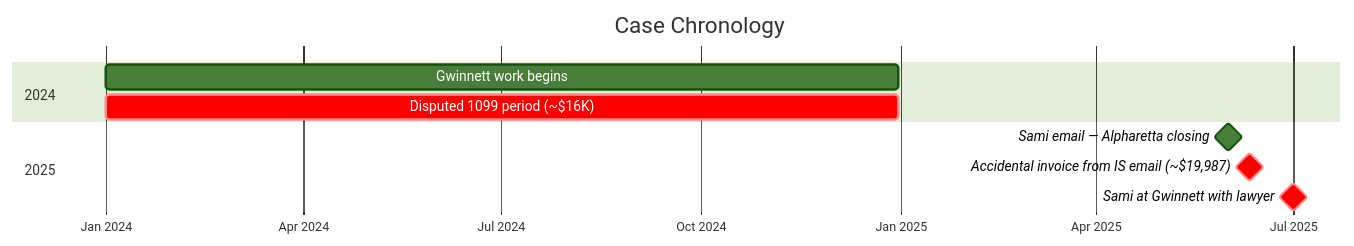
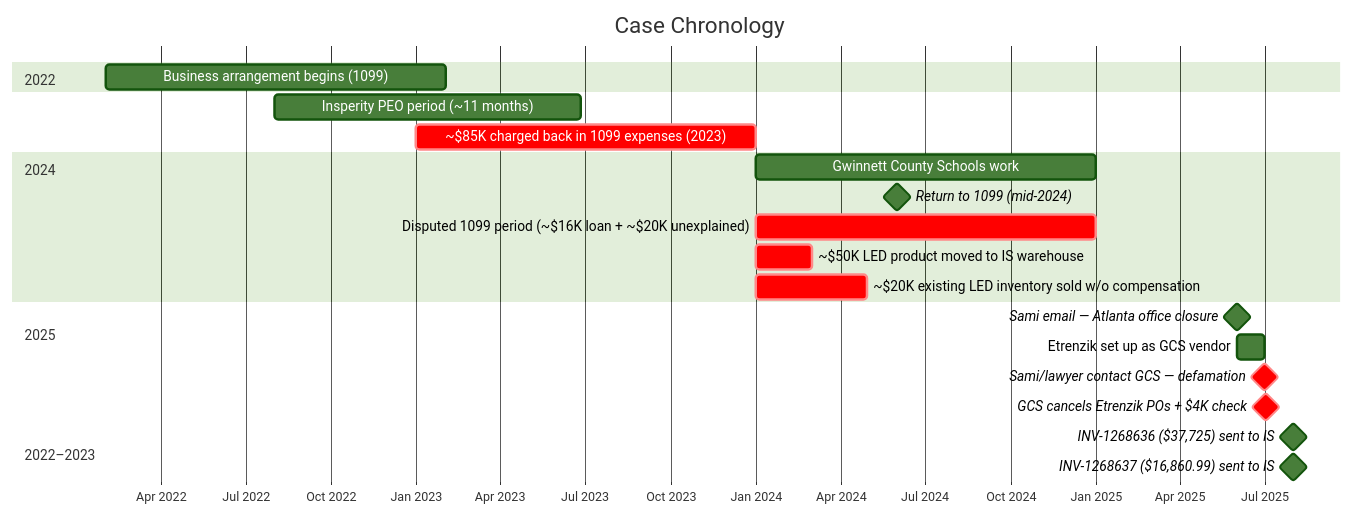
Before and after one commit to Etrenzik/L1-Etrenzik-Site: the eighth of 10 diagrams in README.md, drawn with Mermaid (forest theme). The commit also changed other lines of this file and 14 other files, not shown here.

````diff
--- a/README.md
+++ b/README.md
@@ -585,15 +593,28 @@
 ```mermaid
 gantt
     title Case Chronology
     dateFormat YYYY-MM-DD
     axisFormat %b %Y
 
+    section 2022
+    Business arrangement begins (1099)         :a0, 2022-02-01, 365d
+
+    section 2022–2023
+    Insperity PEO period (~11 months)          :a0b, 2022-08-01, 330d
+    ~$85K charged back in 1099 expenses (2023) :crit, a0c, 2023-01-01, 365d
+
     section 2024
-    Gwinnett work begins                       :a1, 2024-01-01, 365d
-    Disputed 1099 period (~$16K)               :crit, a2, 2024-01-01, 365d
+    Gwinnett County Schools work               :a1, 2024-01-01, 365d
+    Return to 1099 (mid-2024)                  :milestone, m0, 2024-06-01, 0d
+    Disputed 1099 period (~$16K loan + ~$20K unexplained) :crit, a2, 2024-01-01, 365d
+    ~$50K LED product moved to IS warehouse    :crit, a2b, 2024-01-01, 60d
+    ~$20K existing LED inventory sold w/o compensation :crit, a2c, 2024-01-01, 120d
 
     section 2025
-    Sami email — Alpharetta closing            :milestone, m1, 2025-06-01, 0d
-    Accidental invoice from IS email (~$19,987):crit, milestone, m2, 2025-06-11, 0d
-    Sami at Gwinnett with lawyer               :crit, milestone, m3, 2025-07-01, 0d
+    Sami email — Atlanta office closure        :milestone, m1, 2025-06-01, 0d
+    Etrenzik set up as GCS vendor              :a3, 2025-06-02, 29d
+    Sami/lawyer contact GCS — defamation       :crit, milestone, m3, 2025-07-01, 0d
+    GCS cancels Etrenzik POs + $4K check       :crit, milestone, m4, 2025-07-02, 0d
+    INV-1268636 ($37,725) sent to IS           :milestone, m5, 2025-08-01, 0d
+    INV-1268637 ($16,860.99) sent to IS        :milestone, m6, 2025-08-01, 0d
 ```
````
